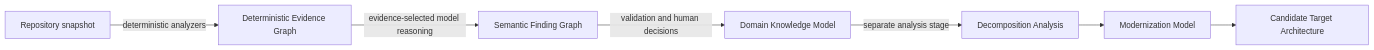
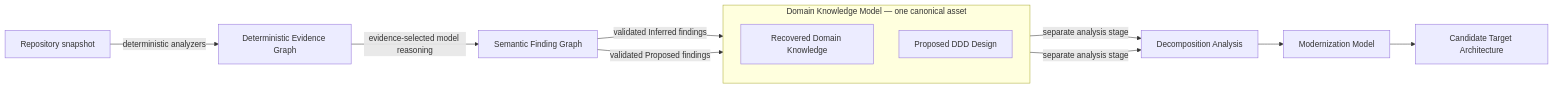
Before and after one commit to ksharik/domainLens: the first of 4 diagrams in docs/architecture/04-analysis-pipeline.md, drawn with Mermaid. The commit also changed other lines of this file and 17 other files, not shown here.

````diff
--- a/docs/architecture/04-analysis-pipeline.md
+++ b/docs/architecture/04-analysis-pipeline.md
@@ -32,17 +32,23 @@
 ```mermaid
 flowchart LR
     Source[Repository snapshot]
     Evidence[Deterministic Evidence Graph]
     Findings[Semantic Finding Graph]
-    Knowledge[Domain Knowledge Model]
+    subgraph Knowledge["Domain Knowledge Model — one canonical asset"]
+        direction TB
+        Recovered[Recovered Domain Knowledge]
+        Proposed[Proposed DDD Design]
+    end
     Decomposition[Decomposition Analysis]
     Modernization[Modernization Model]
     Target[Candidate Target Architecture]
 
     Source -->|deterministic analyzers| Evidence
     Evidence -->|evidence-selected model reasoning| Findings
-    Findings -->|validation and human decisions| Knowledge
-    Knowledge -->|separate analysis stage| Decomposition
+    Findings -->|validated Inferred findings| Recovered
+    Findings -->|validated Proposed findings| Proposed
+    Recovered -->|separate analysis stage| Decomposition
+    Proposed -->|separate analysis stage| Decomposition
     Decomposition --> Modernization
     Modernization --> Target
 ```
````
